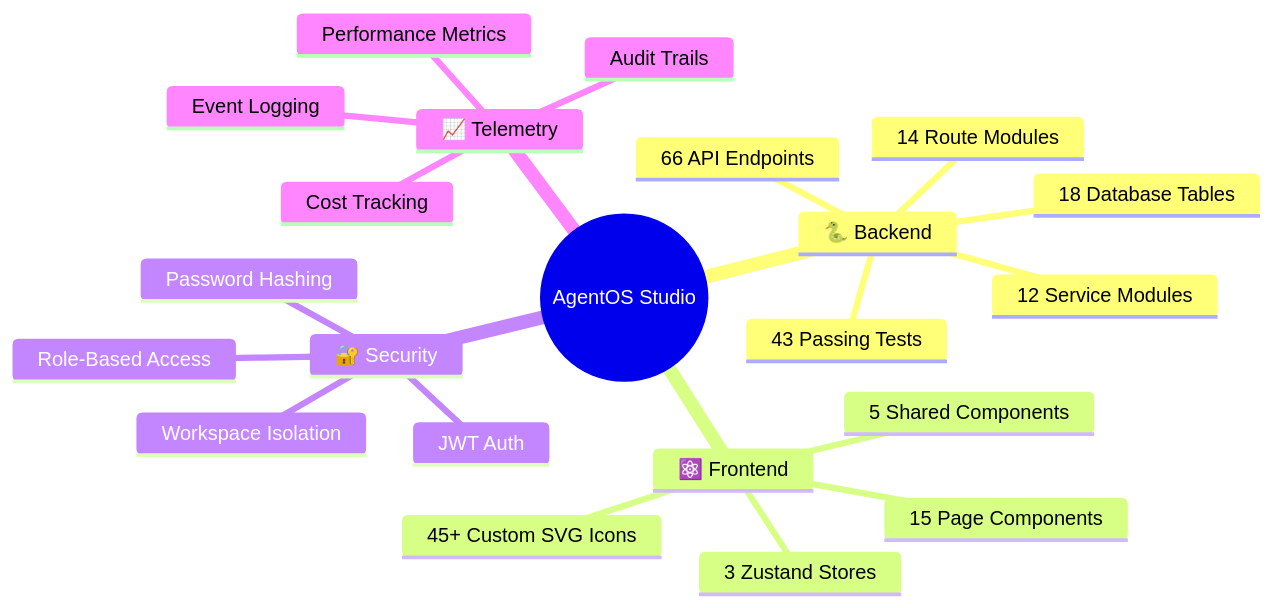
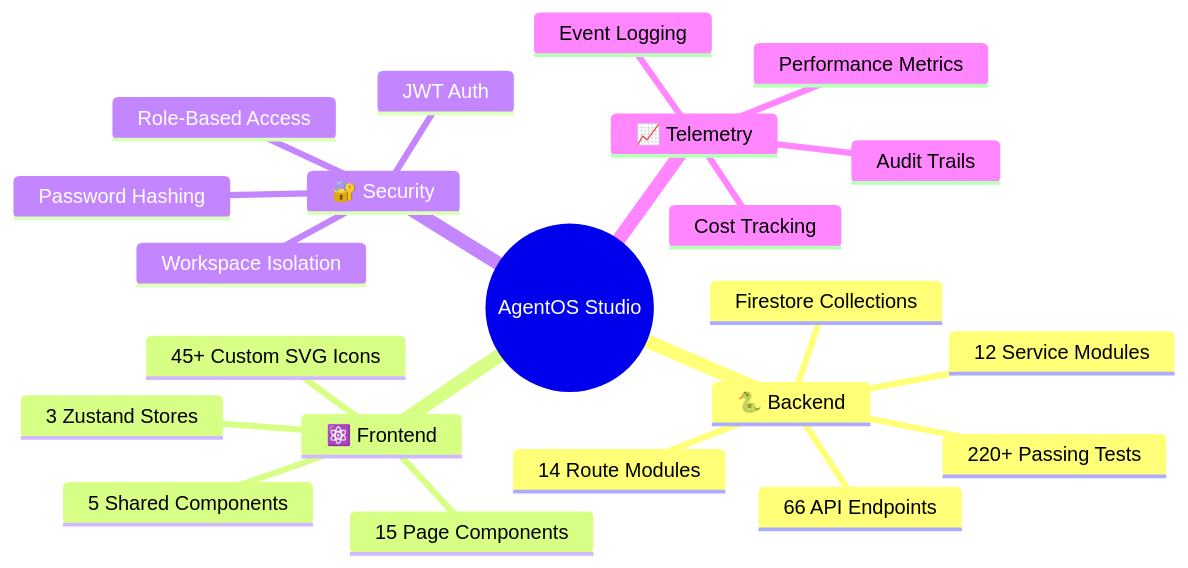
Before and after one commit to bunnysayzz/AgentOS: the tenth of 10 diagrams in ARCHITECTURE.md, drawn with Mermaid. The commit also changed other lines of this file, not shown here.

Commit message:
docs: purge old PostgreSQL/Aiven architecture from ARCHITECTURE.md

````diff
--- a/ARCHITECTURE.md
+++ b/ARCHITECTURE.md
@@ -611,25 +595,25 @@
 ```mermaid
 mindmap
   ((AgentOS Studio))
     🐍 Backend
       66 API Endpoints
       14 Route Modules
       12 Service Modules
-      18 Database Tables
-      43 Passing Tests
+      Firestore Collections
+      220+ Passing Tests
     ⚛️ Frontend
       15 Page Components
       5 Shared Components
       45+ Custom SVG Icons
       3 Zustand Stores
     🔐 Security
       JWT Auth
       Role-Based Access
       Workspace Isolation
       Password Hashing
     📈 Telemetry
       Event Logging
       Audit Trails
       Cost Tracking
       Performance Metrics
 ```
````
